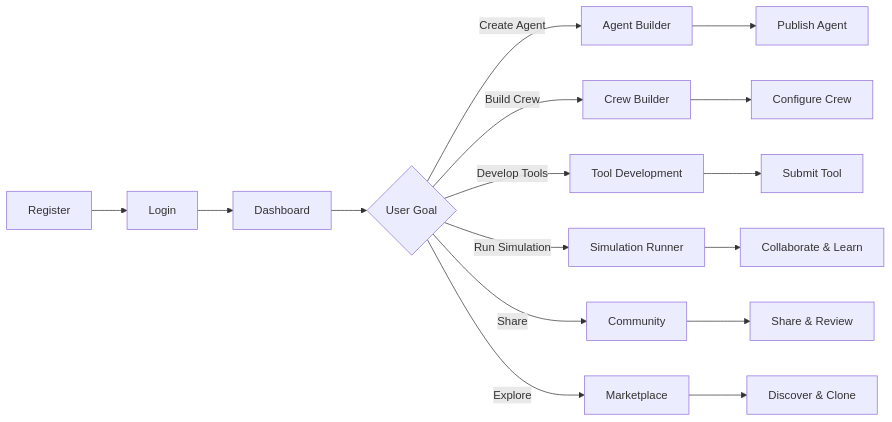
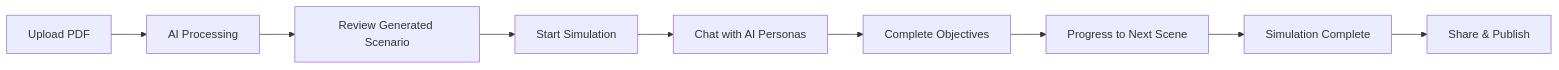
Before and after one commit to Sbcoit/forked-ai-agent-education-platform: the third of 6 diagrams in backend/docs/architecture/README.md, drawn with Mermaid. The commit also changed other lines of this file and 5 other files, not shown here.

````diff
--- a/backend/docs/architecture/README.md
+++ b/backend/docs/architecture/README.md
@@ -249,18 +234,11 @@
 ```mermaid
 graph LR
-    A[Register] --> B[Login]
-    B --> C[Dashboard]
-    C --> D{User Goal}
-    D -->|Create Agent| E[Agent Builder]
-    D -->|Build Crew| F[Crew Builder]
-    D -->|Develop Tools| G[Tool Development]
-    D -->|Run Simulation| H[Simulation Runner]
-    D -->|Share| I[Community]
-    D -->|Explore| J[Marketplace]
-    E --> K[Publish Agent]
-    F --> L[Configure Crew]
-    G --> M[Submit Tool]
-    H --> N[Collaborate & Learn]
-    I --> O[Share & Review]
-    J --> P[Discover & Clone]
+    A[Upload PDF] --> B[AI Processing]
+    B --> C[Review Generated Scenario]
+    C --> D[Start Simulation]
+    D --> E[Chat with AI Personas]
+    E --> F[Complete Objectives]
+    F --> G[Progress to Next Scene]
+    G --> H[Simulation Complete]
+    H --> I[Share & Publish]
 ```
````
